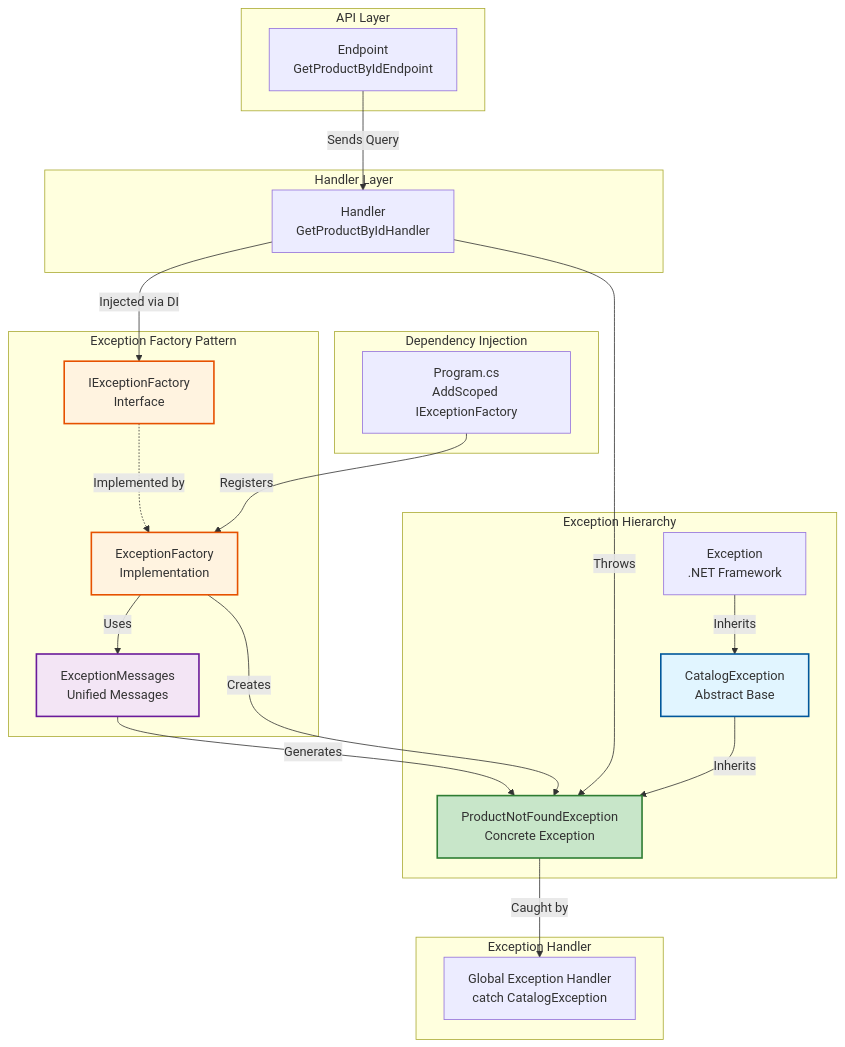
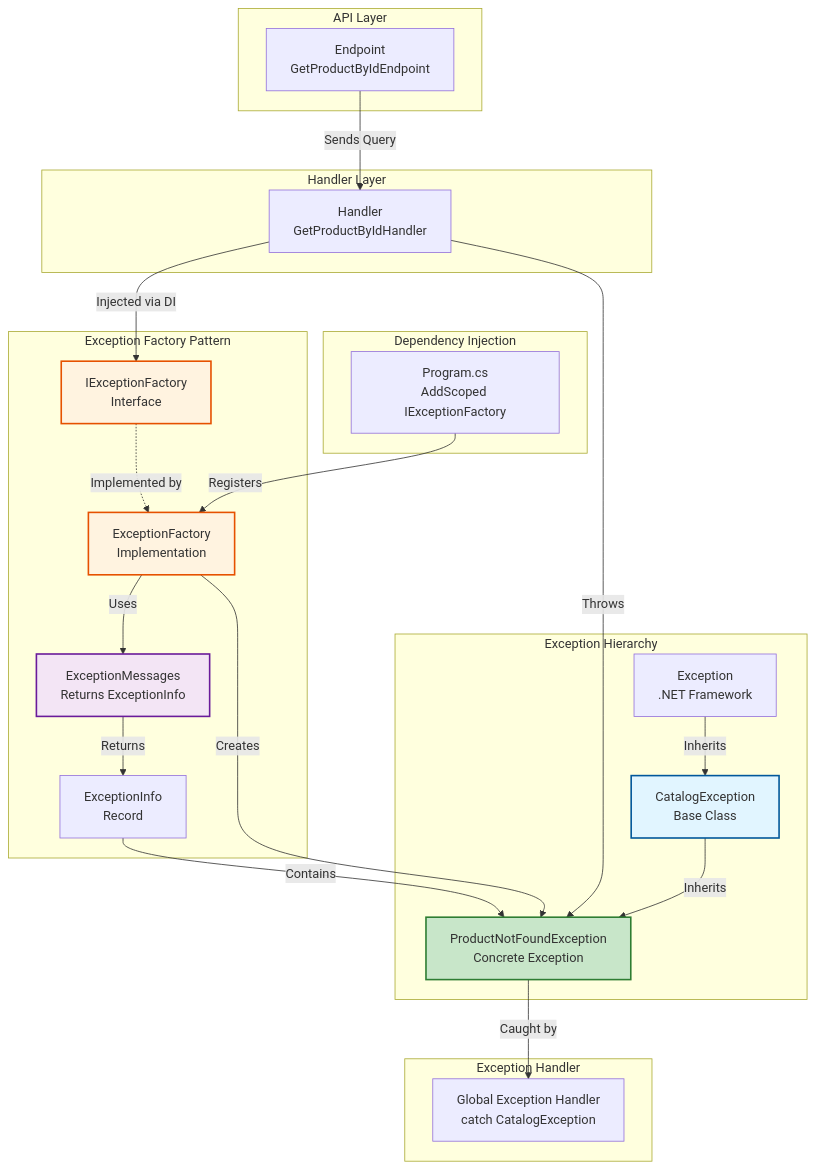
Before and after one commit to hamdyyemad/dotnet-microservices-ecommerce: the first of 5 diagrams in src/Services/Catalog/Catalog.API/Exceptions/README.md, drawn with Mermaid. The commit also changed other lines of this file and 12 other files, not shown here.

First line of the commit message:
feat: Refactor product update flow, enhance error handling, and fix infra config

````diff
--- a/src/Services/Catalog/Catalog.API/Exceptions/README.md
+++ b/src/Services/Catalog/Catalog.API/Exceptions/README.md
@@ -13,49 +13,51 @@
 ```mermaid
 graph TB
     subgraph "API Layer"
         EP[Endpoint<br/>GetProductByIdEndpoint]
     end
 
     subgraph "Handler Layer"
         H[Handler<br/>GetProductByIdHandler]
     end
 
     subgraph "Dependency Injection"
         DI[Program.cs<br/>AddScoped IExceptionFactory]
     end
 
     subgraph "Exception Factory Pattern"
         IF[IExceptionFactory<br/>Interface]
         EF[ExceptionFactory<br/>Implementation]
-        EM[ExceptionMessages<br/>Unified Messages]
+        EM[ExceptionMessages<br/>Returns ExceptionInfo]
+        EI[ExceptionInfo<br/>Record]
     end
 
     subgraph "Exception Hierarchy"
         EX[Exception<br/>.NET Framework]
-        CE[CatalogException<br/>Abstract Base]
+        CE[CatalogException<br/>Base Class]
         PNF[ProductNotFoundException<br/>Concrete Exception]
     end
 
     subgraph "Exception Handler"
         EH[Global Exception Handler<br/>catch CatalogException]
     end
 
     EP -->|Sends Query| H
     H -->|Injected via DI| IF
     IF -.->|Implemented by| EF
     EF -->|Uses| EM
-    EM -->|Generates| PNF
+    EM -->|Returns| EI
+    EI -->|Contains| PNF
     EF -->|Creates| PNF
     DI -->|Registers| EF
     H -->|Throws| PNF
     PNF -->|Caught by| EH
 
     EX -->|Inherits| CE
     CE -->|Inherits| PNF
 
     style CE fill:#e1f5ff,stroke:#01579b,stroke-width:2px
     style PNF fill:#c8e6c9,stroke:#2e7d32,stroke-width:2px
     style EF fill:#fff3e0,stroke:#e65100,stroke-width:2px
     style IF fill:#fff3e0,stroke:#e65100,stroke-width:2px
     style EM fill:#f3e5f5,stroke:#6a1b9a,stroke-width:2px
 ```
````
